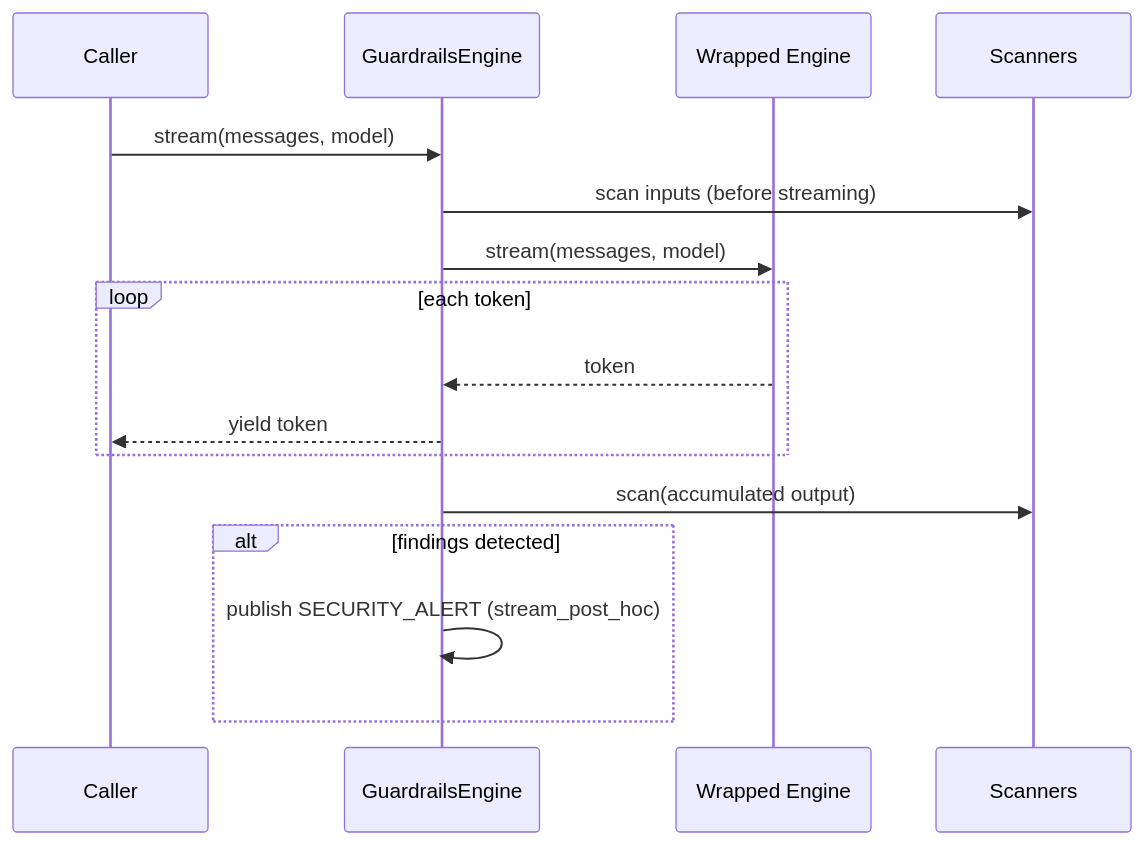
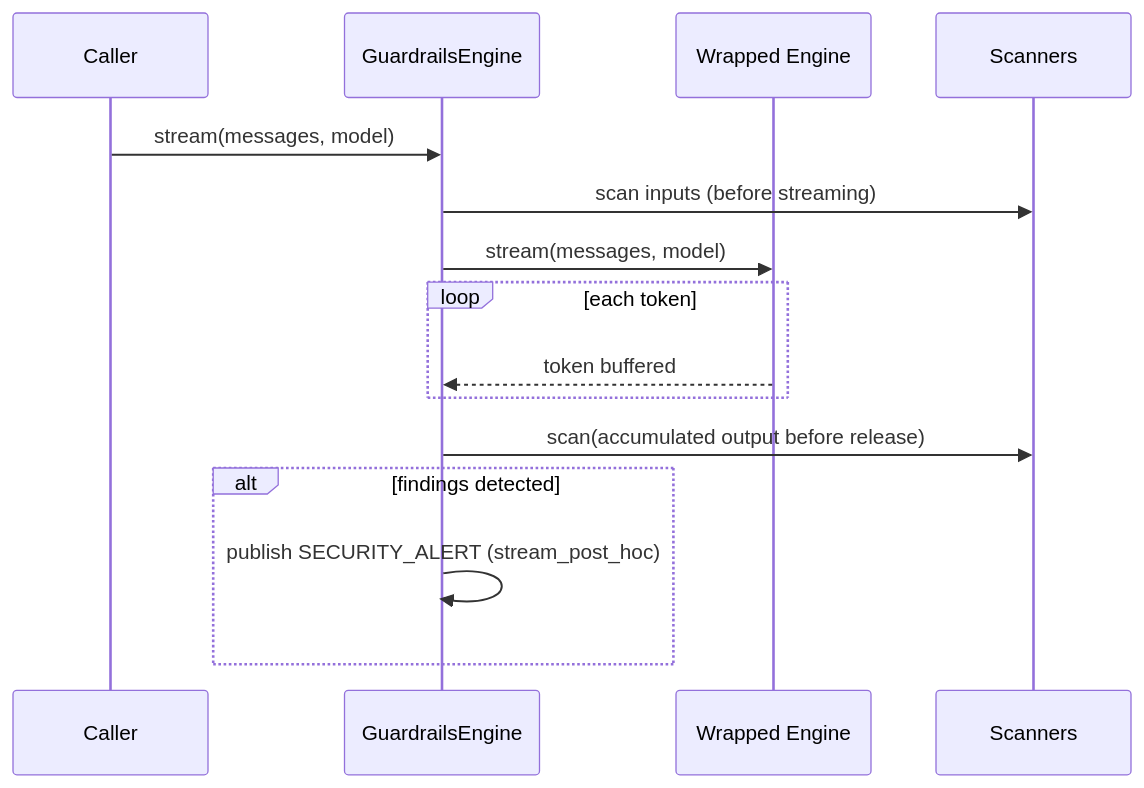
Before and after one commit to carlitoetienne01-spec/Diapason: the fourth of 6 diagrams in docs/architecture/security.md, drawn with Mermaid. The commit also changed other lines of this file and 358 other files, not shown here.

````diff
--- a/docs/architecture/security.md
+++ b/docs/architecture/security.md
@@ -104,19 +107,18 @@
 ```mermaid
 sequenceDiagram
     participant C as Caller
     participant G as GuardrailsEngine
     participant E as Wrapped Engine
     participant S as Scanners
 
     C->>G: stream(messages, model)
     G->>S: scan inputs (before streaming)
     G->>E: stream(messages, model)
     loop each token
-        E-->>G: token
-        G-->>C: yield token
+        E-->>G: token buffered
     end
-    G->>S: scan(accumulated output)
+    G->>S: scan(accumulated output before release)
     alt findings detected
         G->>G: publish SECURITY_ALERT (stream_post_hoc)
     end
 ```
````
